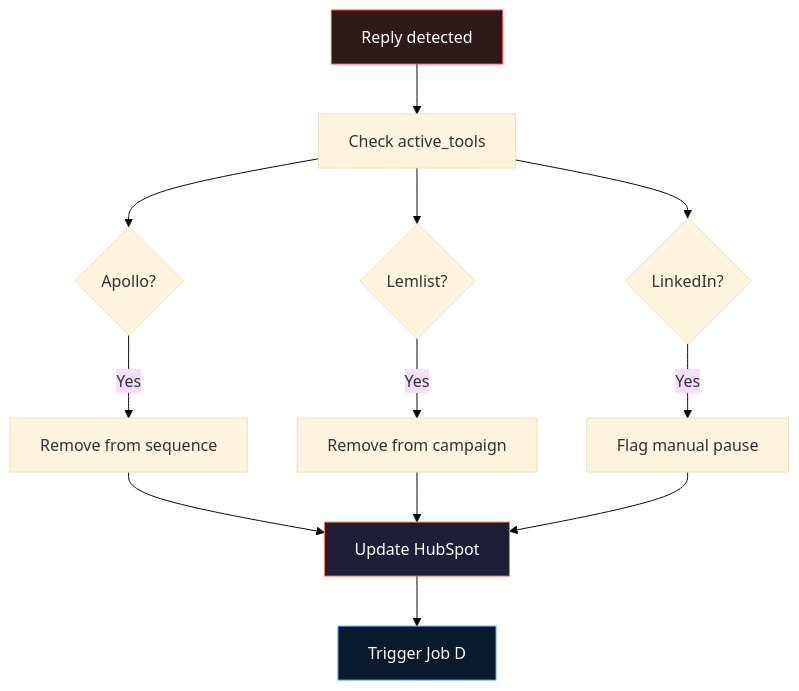
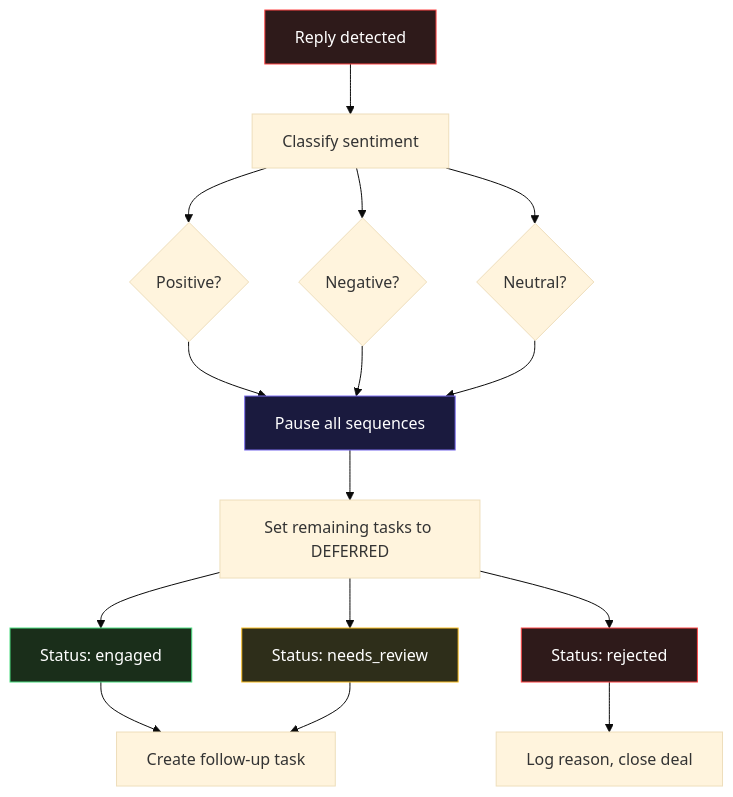
Before and after one commit to Artemponomarev/ai-agent-guides: the tenth of 11 diagrams in Kernelics email outreaching automation/architecture.md, drawn with Mermaid (base theme). The commit also changed other lines of this file, not shown here.

First line of the commit message:
Add full task mirroring and automatic lead status management

````diff
--- a/Kernelics email outreaching automation/architecture.md
+++ b/Kernelics email outreaching automation/architecture.md
@@ -165,18 +309,23 @@
 ```mermaid
 flowchart TD
-    R[Reply detected] --> CHECK[Check active_tools]
-    CHECK --> A{Apollo?}
-    CHECK --> L{Lemlist?}
-    CHECK --> LI{LinkedIn?}
-    A -->|Yes| PA[Remove from sequence]
-    L -->|Yes| PL[Remove from campaign]
-    LI -->|Yes| FL[Flag manual pause]
-    PA --> UP[Update HubSpot]
-    PL --> UP
-    FL --> UP
-    UP --> TD[Trigger Job D]
+    R[Reply detected] --> CL[Classify sentiment]
+    CL --> POS{Positive?}
+    CL --> NEG{Negative?}
+    CL --> NEU{Neutral?}
+    POS --> PAUSE[Pause all sequences]
+    NEG --> PAUSE
+    NEU --> PAUSE
+    PAUSE --> DEFER[Set remaining tasks to DEFERRED]
+    DEFER --> STAT_P[Status: engaged]
+    DEFER --> STAT_N[Status: rejected]
+    DEFER --> STAT_U[Status: needs_review]
+    STAT_P --> TASKD[Create follow-up task]
+    STAT_N --> LOG[Log reason, close deal]
+    STAT_U --> TASKD
 
     style R fill:#2e1a1a,stroke:#ff4545,color:#fff
-    style UP fill:#1e1e3a,stroke:#ff7a45,color:#fff
-    style TD fill:#0a1a2e,stroke:#60a5fa,color:#fff
+    style PAUSE fill:#1a1a3e,stroke:#7c6ef0,color:#fff
+    style STAT_P fill:#1a2e1a,stroke:#4ade80,color:#fff
+    style STAT_N fill:#2e1a1a,stroke:#ff4545,color:#fff
+    style STAT_U fill:#2e2e1a,stroke:#fbbf24,color:#fff
 ```
````
